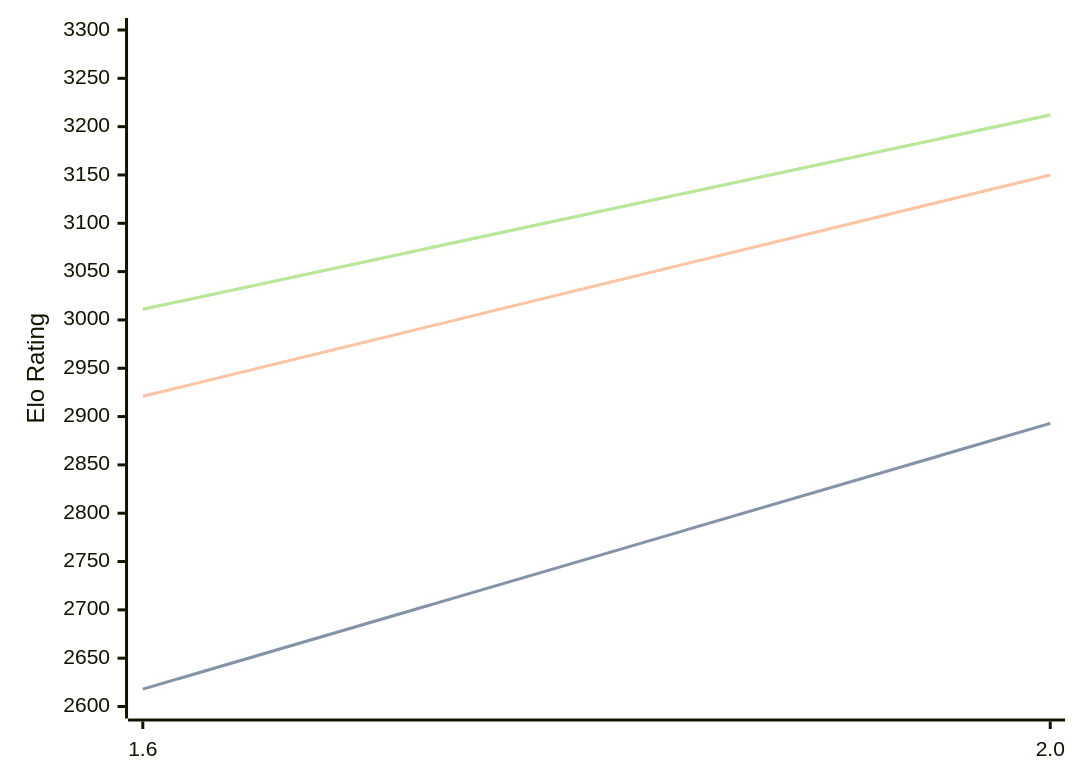
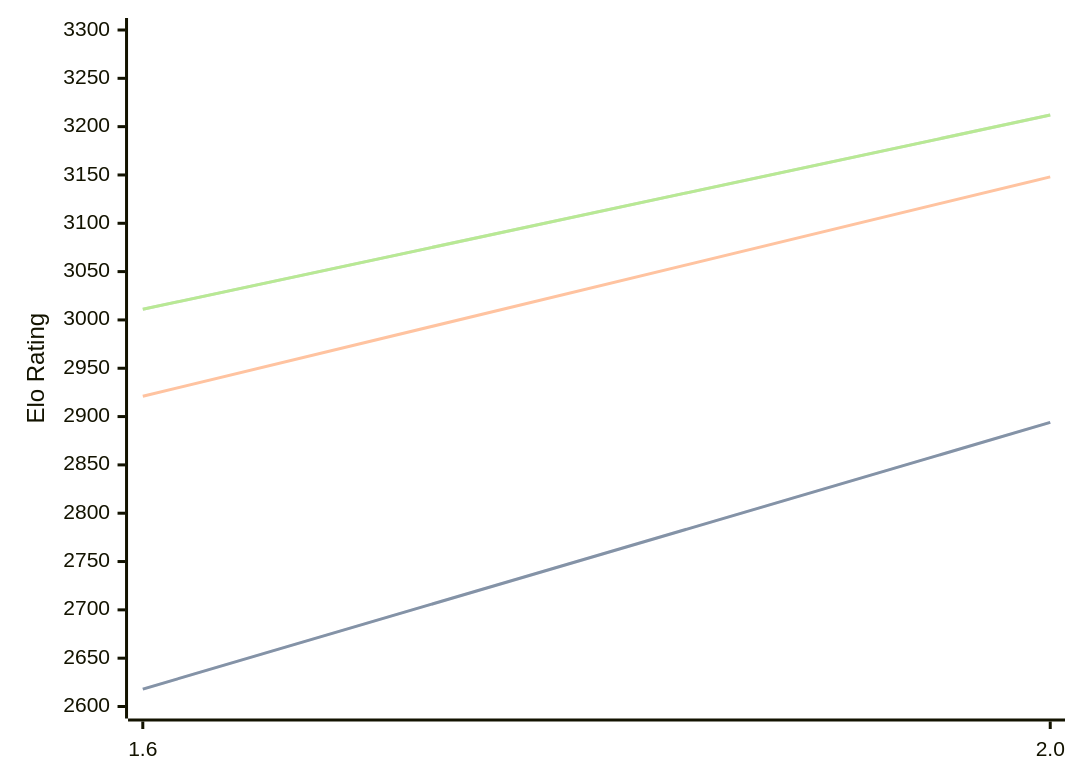
Before and after one commit to computer-chess-index/cci: the diagram in engines/Onyx.md, drawn with Mermaid. The commit also changed other lines of this file, not shown here.

````diff
--- a/engines/Onyx.md
+++ b/engines/Onyx.md
@@ -32,11 +32,11 @@
 ```mermaid
 %%{init: {"theme":"base","themeVariables":{"seriesColors:['#a3a3a3','#222221','#faa371']}}}%%
 xychart-beta
   x-axis ["1.6", "2.0"]
   y-axis "Elo Rating" 2600 --> 3300
-  line "STC (8.0+0.08s)" [2618, 2893]
-  line "STC (8.0+0.08s)" [2618, 2893]
-  line "LTC (60.0+0.60s)" [2921, 3150]
+  line "STC (8.0+0.08s)" [2618, 2894]
+  line "STC (8.0+0.08s)" [2618, 2894]
+  line "LTC (60.0+0.60s)" [2921, 3148]
   line "VLTC (2m24s+1.12s)" [3011, 3212]
   line "VLTC (2m24s+1.12s)" [3011, 3212]
 ```
````
